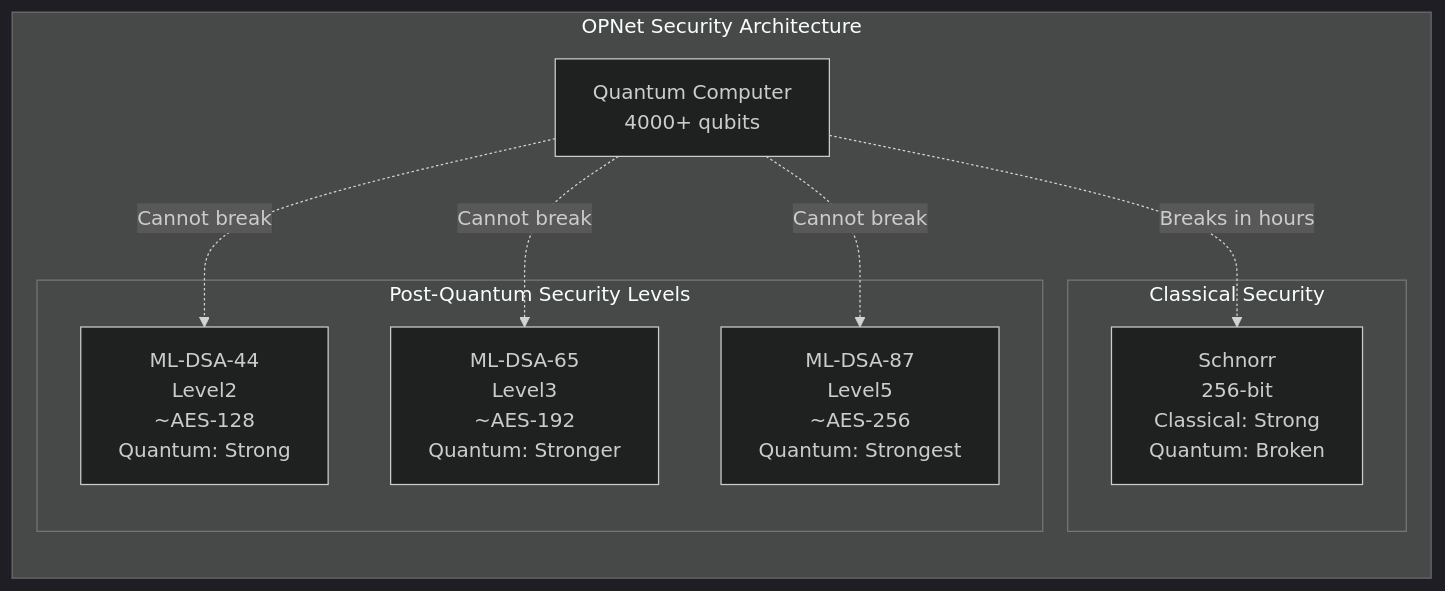
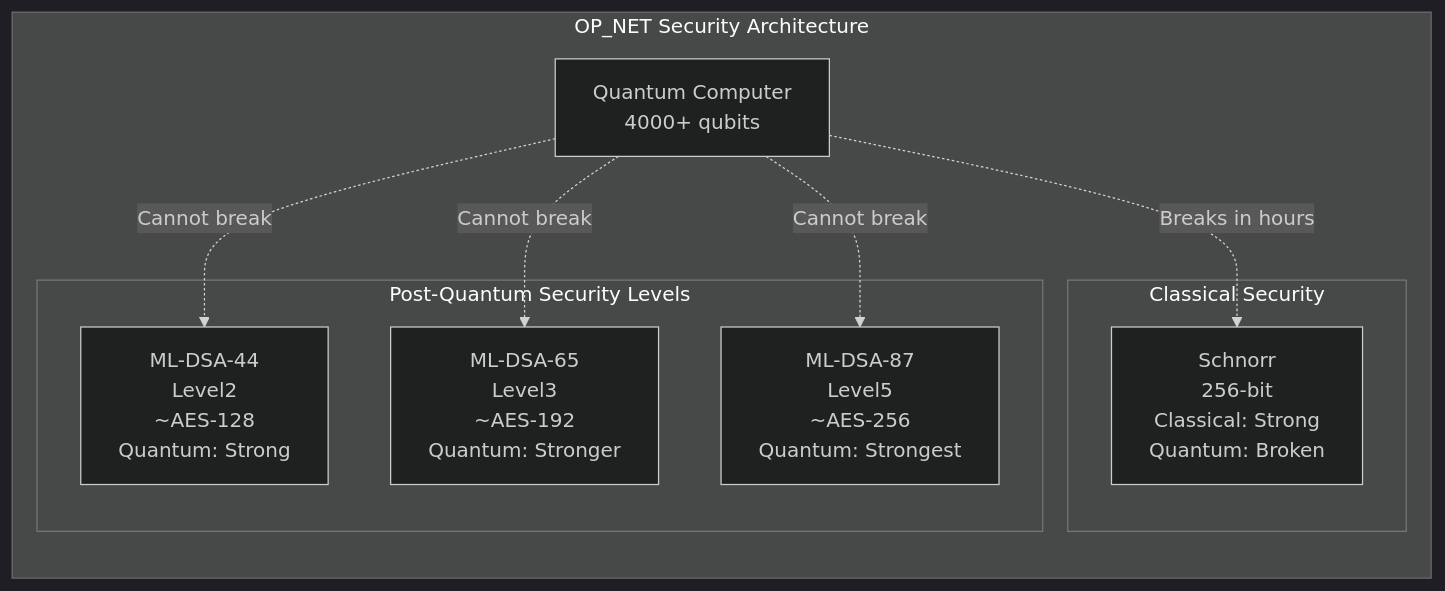
One commit to btc-vision/btc-runtime changed the first of 5 diagrams in docs/advanced/quantum-resistance.md. Above: the diagram before and after it, drawn with Mermaid. The commit also changed other lines of this file and 46 other files, not shown here.

Commit message:
Change OPNet to OP_NET

````diff
--- a/docs/advanced/quantum-resistance.md
+++ b/docs/advanced/quantum-resistance.md
@@ -54,25 +54,25 @@
 ```mermaid
 ---
 config:
   theme: dark
 ---
 flowchart LR
-    subgraph OPNet["OPNet Security Architecture"]
+    subgraph OP_NET["OP_NET Security Architecture"]
         subgraph Classical["Classical Security"]
             C1["Schnorr<br/>256-bit<br/>Classical: Strong<br/>Quantum: Broken"]
         end
 
         subgraph PostQuantum["Post-Quantum Security Levels"]
             Q1["ML-DSA-44<br/>Level2<br/>~AES-128<br/>Quantum: Strong"]
             Q2["ML-DSA-65<br/>Level3<br/>~AES-192<br/>Quantum: Stronger"]
             Q3["ML-DSA-87<br/>Level5<br/>~AES-256<br/>Quantum: Strongest"]
         end
 
         QC["Quantum Computer<br/>4000+ qubits"]
 
         QC -.->|"Breaks in hours"| C1
         QC -.->|"Cannot break"| Q1
         QC -.->|"Cannot break"| Q2
         QC -.->|"Cannot break"| Q3
     end
 ```
````
